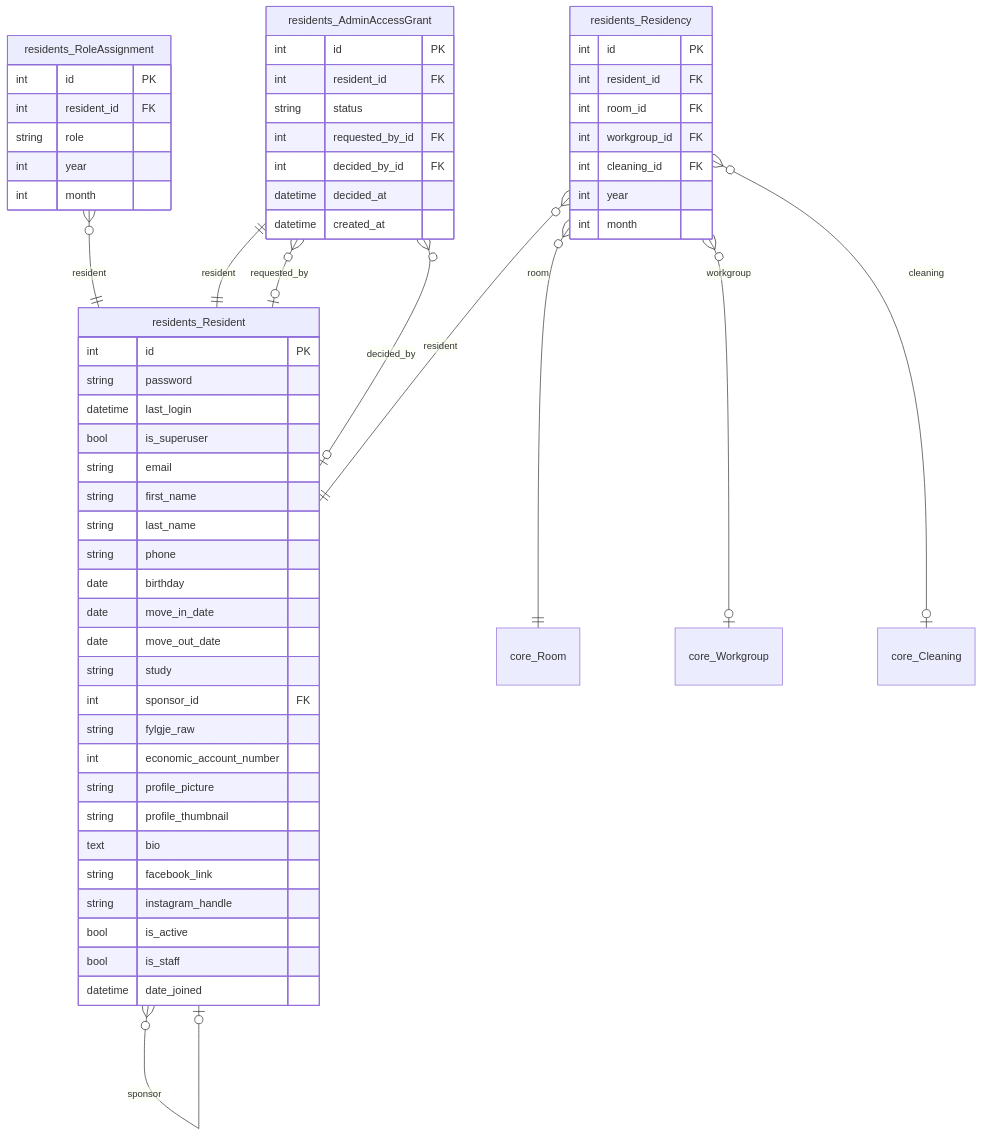
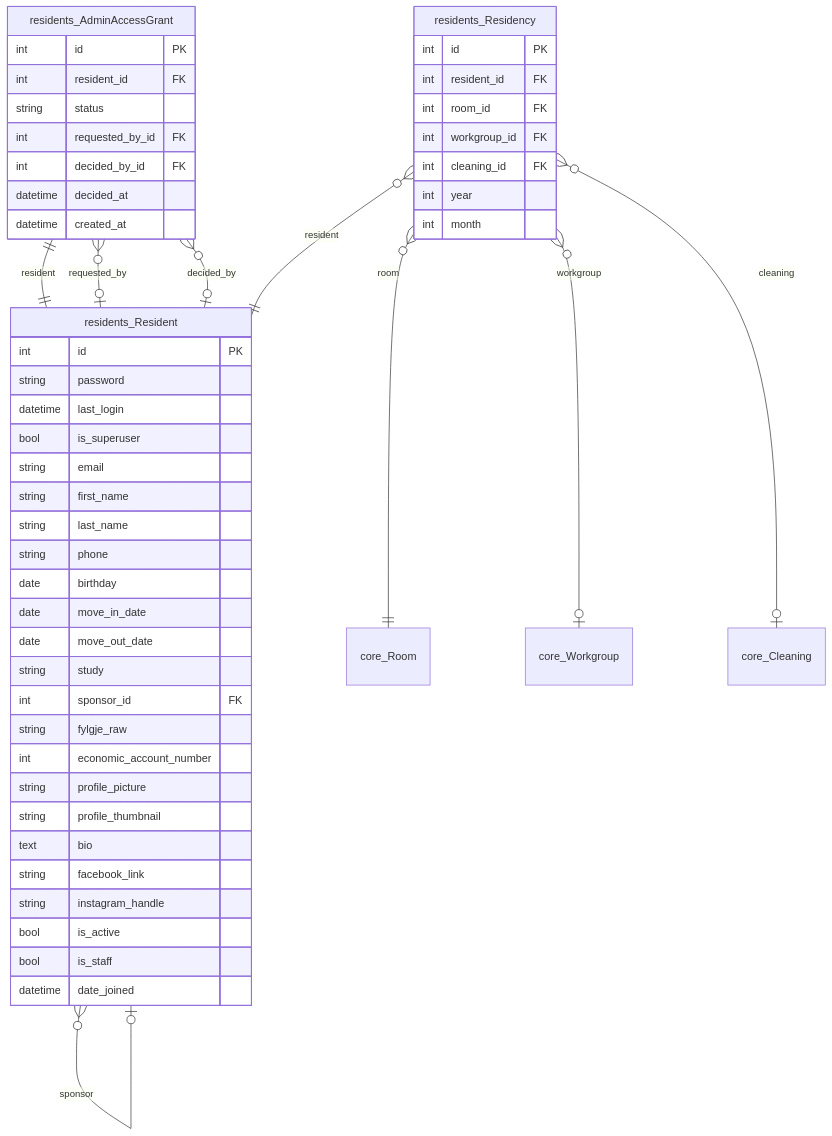
One commit to GAHK-org/gahk_intern changed diagram 17 of 19 in docs/erd.md. Above: the diagram before and after it, drawn with Mermaid. The commit also changed other lines of this file and 39 other files, not shown here.

````diff
--- a/docs/erd.md
+++ b/docs/erd.md
@@ -2282,72 +2273,63 @@
 ```mermaid
 erDiagram
     residents_Resident {
         int id PK
         string password
         datetime last_login
         bool is_superuser
         string email
         string first_name
         string last_name
         string phone
         date birthday
         date move_in_date
         date move_out_date
         string study
         int sponsor_id FK
         string fylgje_raw
         int economic_account_number
         string profile_picture
         string profile_thumbnail
         text bio
         string facebook_link
         string instagram_handle
         bool is_active
         bool is_staff
         datetime date_joined
     }
 
     residents_Residency {
         int id PK
         int resident_id FK
         int room_id FK
         int workgroup_id FK
         int cleaning_id FK
         int year
         int month
     }
 
-    residents_RoleAssignment {
-        int id PK
-        int resident_id FK
-        string role
-        int year
-        int month
-    }
-
     residents_AdminAccessGrant {
         int id PK
         int resident_id FK
         string status
         int requested_by_id FK
         int decided_by_id FK
         datetime decided_at
         datetime created_at
     }
 
     core_Cleaning { }
 
     core_Room { }
 
     core_Workgroup { }
 
     residents_Resident }o--|o residents_Resident : "sponsor"
     residents_Residency }o--|| residents_Resident : "resident"
     residents_Residency }o--|| core_Room : "room"
     residents_Residency }o--|o core_Workgroup : "workgroup"
     residents_Residency }o--|o core_Cleaning : "cleaning"
-    residents_RoleAssignment }o--|| residents_Resident : "resident"
     residents_AdminAccessGrant ||--|| residents_Resident : "resident"
     residents_AdminAccessGrant }o--|o residents_Resident : "requested_by"
     residents_AdminAccessGrant }o--|o residents_Resident : "decided_by"
 ```
````
